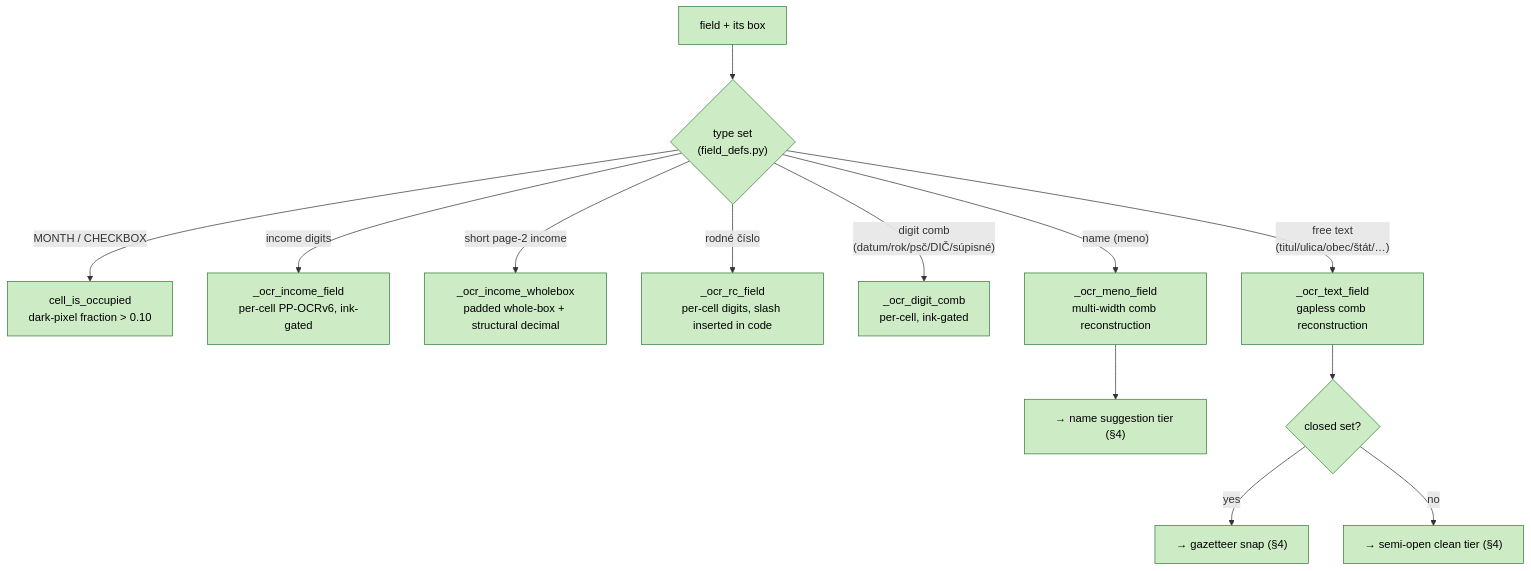
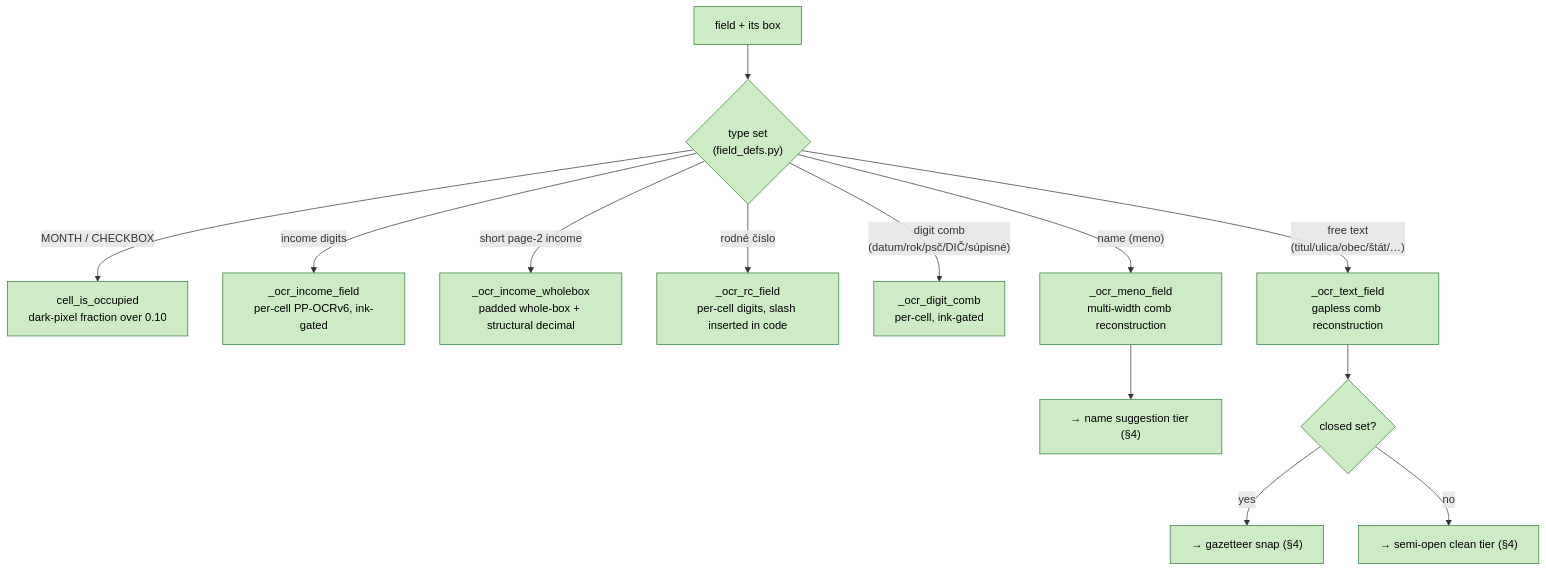
Before and after one commit to samooo221/potvrdenie: the second of 7 diagrams in ARCHITECTURE.md, drawn with Mermaid. The commit also changed other lines of this file, not shown here.

First line of the commit message:
ARCHITECTURE.md: harden mermaid for reliable GitHub rendering

````diff
--- a/ARCHITECTURE.md
+++ b/ARCHITECTURE.md
@@ -52,19 +52,19 @@
 ```mermaid
 flowchart TD
     F["field + its box"] --> T{"type set<br/>(field_defs.py)"}
-    T -- "MONTH / CHECKBOX" --> O["cell_is_occupied<br/>dark-pixel fraction > 0.10"]
+    T -- "MONTH / CHECKBOX" --> O["cell_is_occupied<br/>dark-pixel fraction over 0.10"]
     T -- "income digits" --> N["_ocr_income_field<br/>per-cell PP-OCRv6, ink-gated"]
     T -- "short page-2 income" --> W["_ocr_income_wholebox<br/>padded whole-box + structural decimal"]
     T -- "rodné číslo" --> R["_ocr_rc_field<br/>per-cell digits, slash inserted in code"]
     T -- "digit comb<br/>(datum/rok/psč/DIČ/súpisné)" --> DC["_ocr_digit_comb<br/>per-cell, ink-gated"]
     T -- "name (meno)" --> NM["_ocr_meno_field<br/>multi-width comb reconstruction"]
     T -- "free text<br/>(titul/ulica/obec/štát/…)" --> TX["_ocr_text_field<br/>gapless comb reconstruction"]
 
     NM --> NS["→ name suggestion tier (§4)"]
     TX --> RT{"closed set?"}
     RT -- "yes" --> GA["→ gazetteer snap (§4)"]
     RT -- "no" --> SO["→ semi-open clean tier (§4)"]
 
     classDef built fill:#cdebc5,stroke:#2e7d32,color:#000;
     class F,T,O,N,W,R,DC,NM,TX,NS,RT,GA,SO built;
 ```
````
